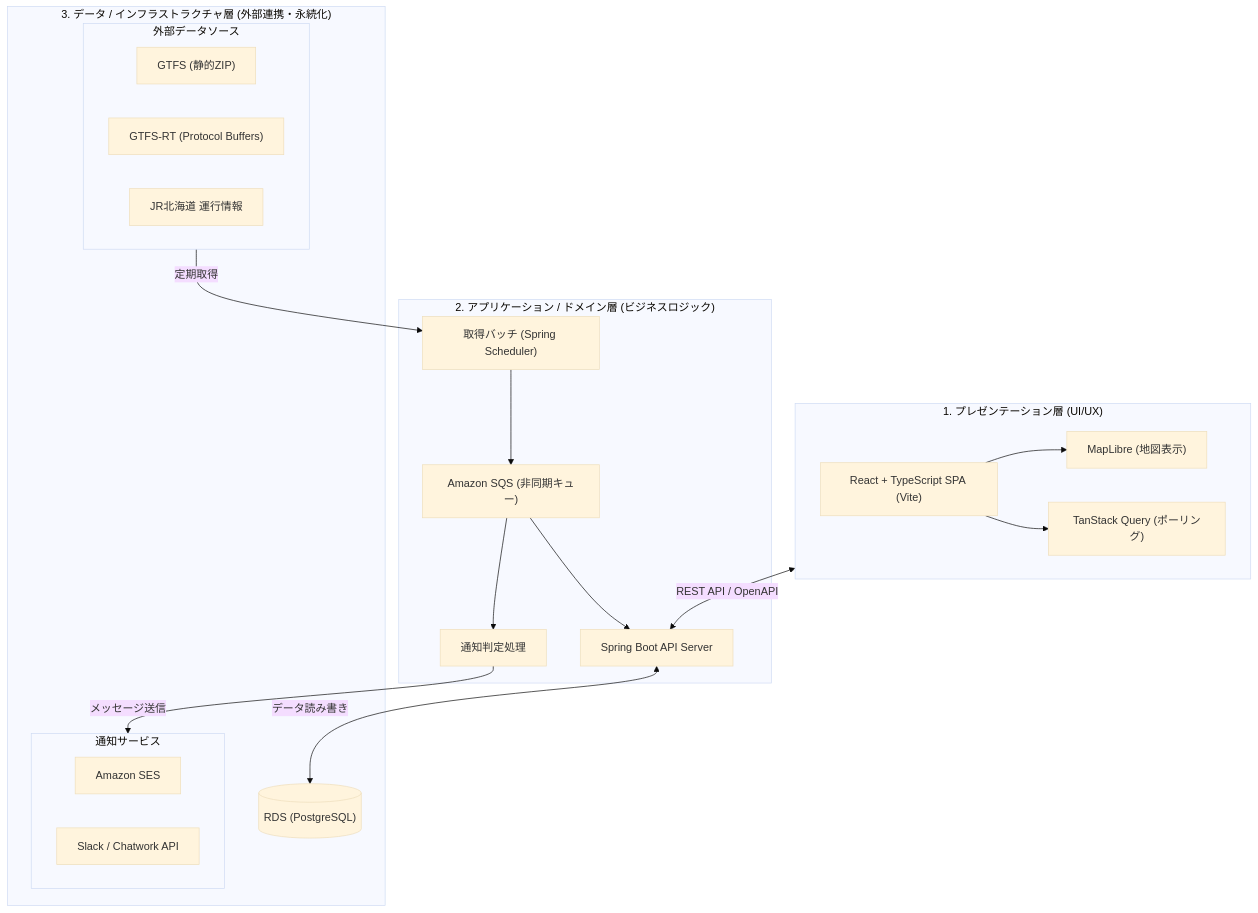
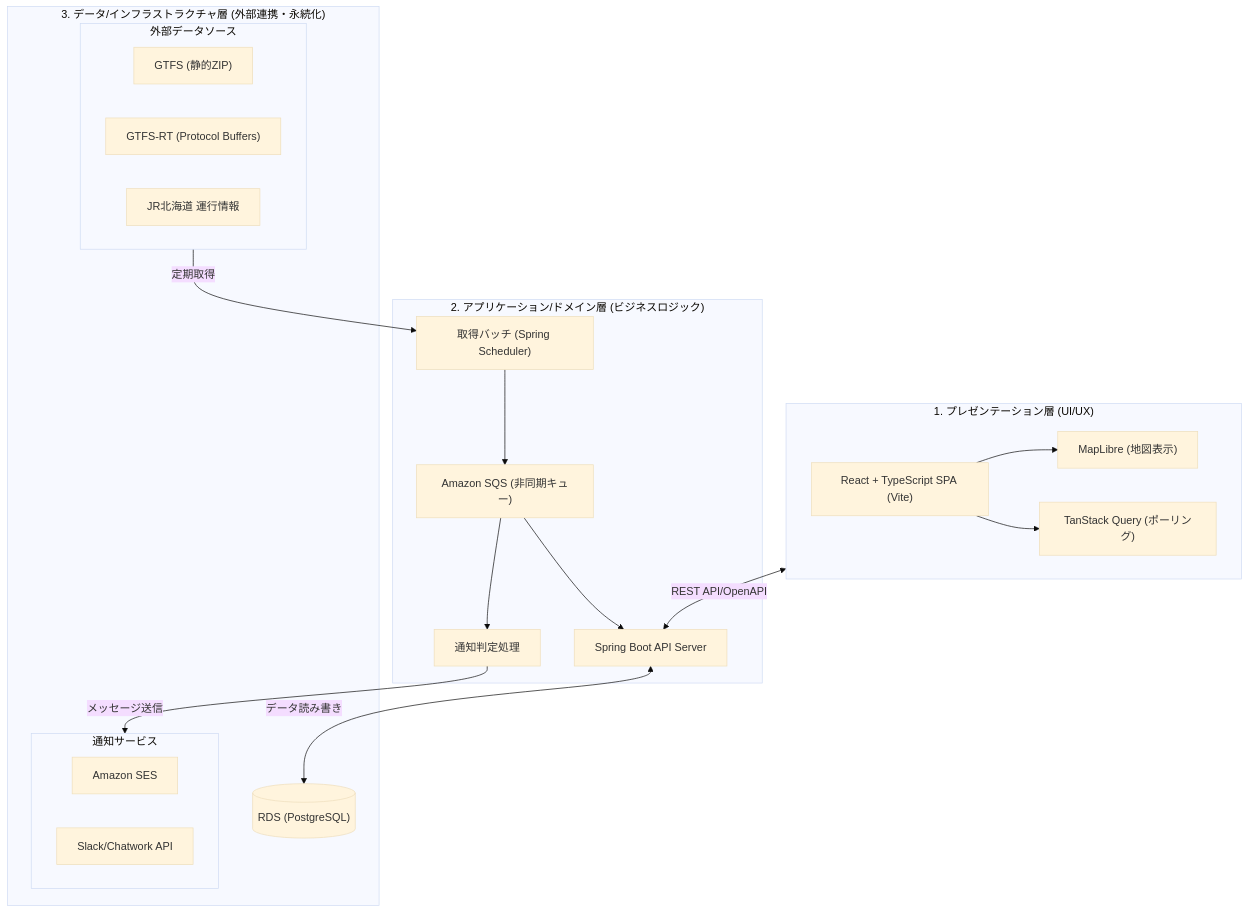
One commit to nagaissue/trafic-radar changed the second of 2 diagrams in README.alpha.md. Above: the diagram before and after it, drawn with Mermaid (base theme). The commit also changed other lines of this file, not shown here.

````diff
--- a/README.alpha.md
+++ b/README.alpha.md
@@ -338,45 +335,45 @@
 ```mermaid
 graph TB
     %% レイヤーの定義
     subgraph Presentation["1. プレゼンテーション層 (UI/UX)"]
         React["React + TypeScript SPA (Vite)"]
         MapLibre["MapLibre (地図表示)"]
         TanStack["TanStack Query (ポーリング)"]
       
         React --> MapLibre
         React --> TanStack
     end
 
-    subgraph Application["2. アプリケーション / ドメイン層 (ビジネスロジック)"]
+    subgraph Application["2. アプリケーション/ドメイン層 (ビジネスロジック)"]
         APIServer["Spring Boot API Server"]
         Batch["取得バッチ (Spring Scheduler)"]
         SQS["Amazon SQS (非同期キュー)"]
         NotifyProcess["通知判定処理"]
 
         %% アプリケーション層内のデータの流れ
         Batch --> SQS
         SQS --> APIServer
         SQS --> NotifyProcess
     end
 
-    subgraph Infrastructure["3. データ / インフラストラクチャ層 (外部連携・永続化)"]
+    subgraph Infrastructure["3. データ/インフラストラクチャ層 (外部連携・永続化)"]
         subgraph ExternalData["外部データソース"]
             GTFS_Static["GTFS (静的ZIP)"]
             GTFS_RT["GTFS-RT (Protocol Buffers)"]
             JR_Data["JR北海道 運行情報"]
         end
 
         DB[("RDS (PostgreSQL)")]
 
         subgraph ExternalNotify["通知サービス"]
             SES["Amazon SES"]
-            Slack["Slack / Chatwork API"]
+            Slack["Slack/Chatwork API"]
         end
     end
 
-    %% レイヤー間の相互作用（依存関係・データの流れ）
+    %% レイヤー間の相互作用(依存関係・データの流れ)
     ExternalData -->|定期取得| Batch
-    Presentation <-->|REST API / OpenAPI| APIServer
+    Presentation <-->|REST API/OpenAPI| APIServer
     APIServer <-->|データ読み書き| DB
     NotifyProcess -->|メッセージ送信| ExternalNotify
 ```
````
